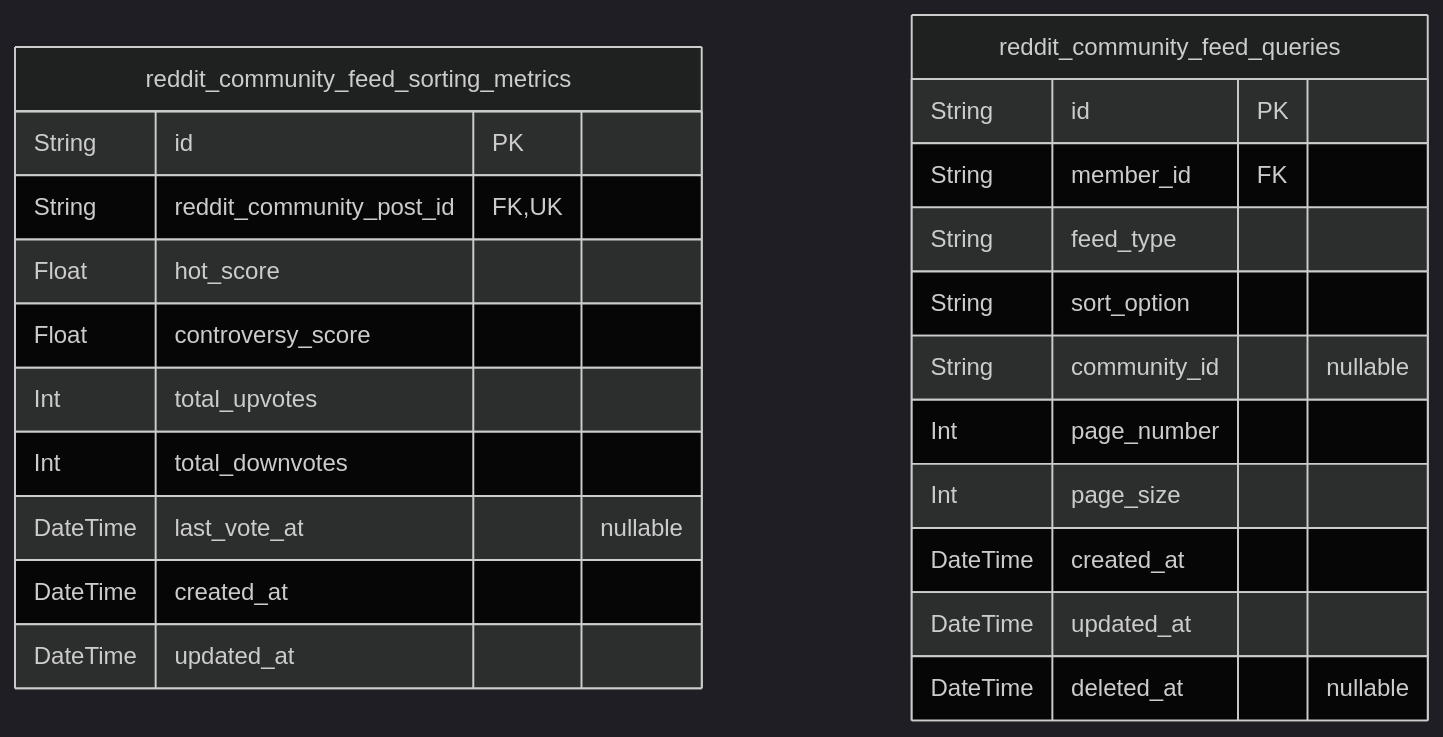
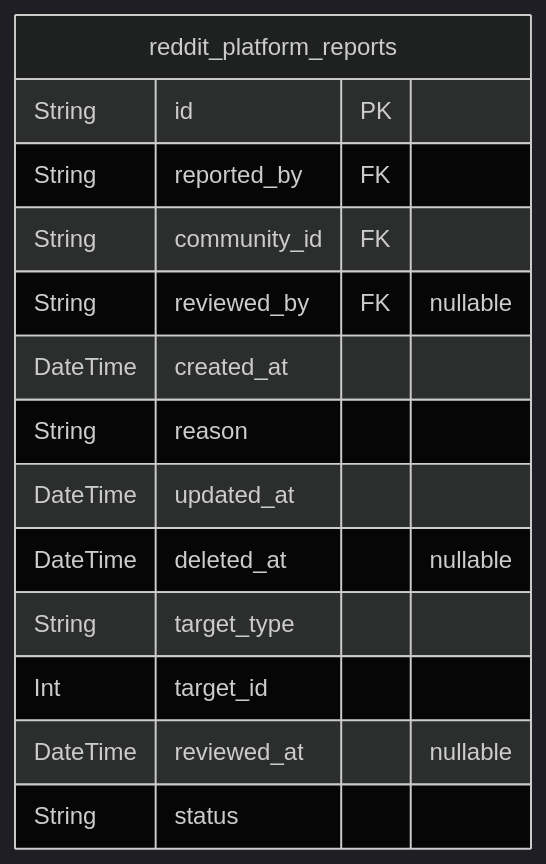
Before and after one commit to wrtnlabs/autobe-examples: the seventh of 8 diagrams in qwen/qwen3.5-35b-a3b/reddit/docs/ERD.md, drawn with Mermaid (dark theme). The commit also changed other lines of this file and 32093 other files, not shown here.

````diff
--- a/qwen/qwen3.5-35b-a3b/reddit/docs/ERD.md
+++ b/qwen/qwen3.5-35b-a3b/reddit/docs/ERD.md
@@ -1247,26 +1395,17 @@
 ```mermaid
 erDiagram
-"reddit_community_feed_sorting_metrics" {
+"reddit_platform_reports" {
   String id PK
-  String reddit_community_post_id FK,UK
-  Float hot_score
-  Float controversy_score
-  Int total_upvotes
-  Int total_downvotes
-  DateTime last_vote_at "nullable"
+  String reported_by FK
+  String community_id FK
+  String reviewed_by FK "nullable"
   DateTime created_at
-  DateTime updated_at
-}
-"reddit_community_feed_queries" {
-  String id PK
-  String member_id FK
-  String feed_type
-  String sort_option
-  String community_id "nullable"
-  Int page_number
-  Int page_size
-  DateTime created_at
+  String reason
   DateTime updated_at
   DateTime deleted_at "nullable"
+  String target_type
+  Int target_id
+  DateTime reviewed_at "nullable"
+  String status
 }
 ```
````
